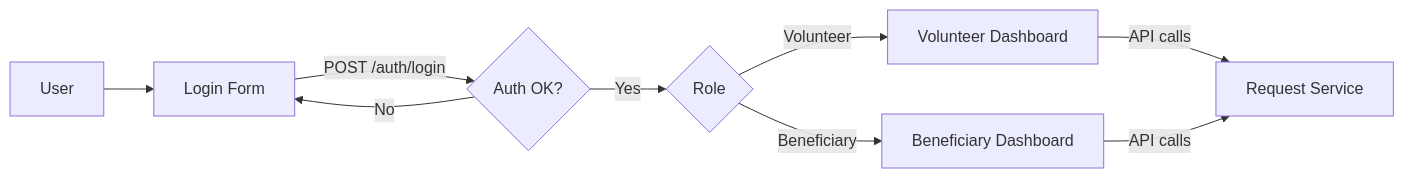
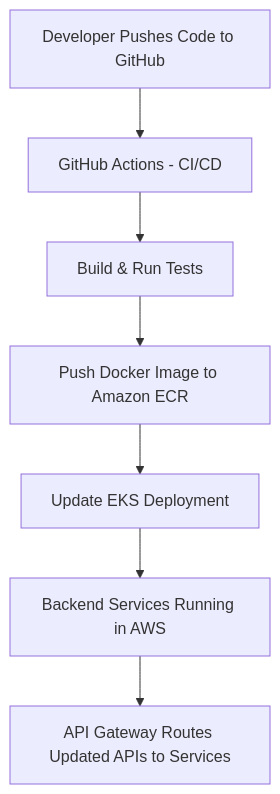
One commit to saayam-for-all/devsecops changed the second of 2 diagrams in docs/Saayam-Test-Architecture.md. Above: the diagram before and after it, drawn with Mermaid. The commit also changed other lines of this file, not shown here.

````diff
--- a/docs/Saayam-Test-Architecture.md
+++ b/docs/Saayam-Test-Architecture.md
@@ -65,11 +76,9 @@
 ```mermaid
-flowchart LR
-    A[User] --> B[Login Form]
-    B -->|POST /auth/login| C{Auth OK?}
-    C -- No --> B
-    C -- Yes --> D{Role}
-    D -- Volunteer --> E[Volunteer Dashboard]
-    D -- Beneficiary --> F[Beneficiary Dashboard]
-    E -->|API calls| G[Request Service]
-    F -->|API calls| G[Request Service]
+flowchart TD
+    A[Developer Pushes Code to GitHub] --> B[GitHub Actions - CI/CD]
+    B --> C[Build & Run Tests]
+    C --> D[Push Docker Image to Amazon ECR]
+    D --> E[Update EKS Deployment]
+    E --> F[Backend Services Running in AWS]
+    F --> G[API Gateway Routes Updated APIs to Services]
 ```
````
